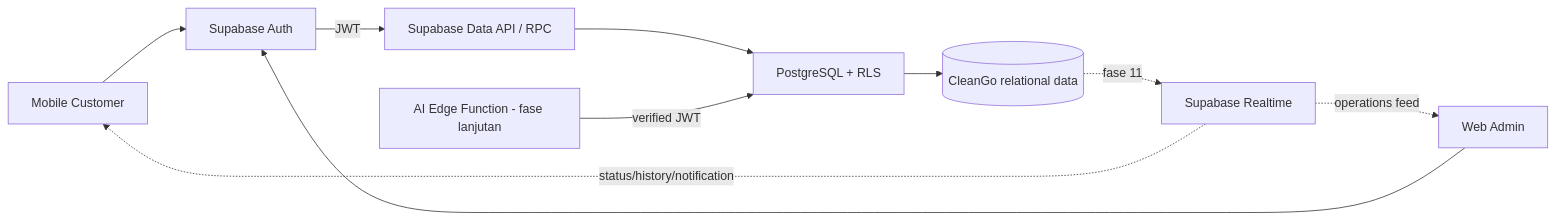
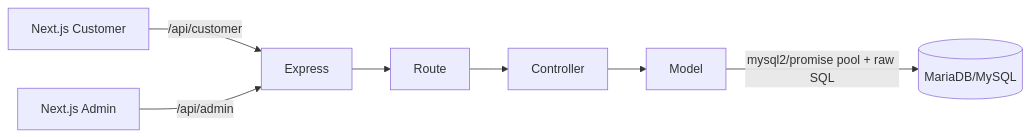
Before and after one commit to team-T3B-Kelompok6/cleango-platform: the diagram in docs/architecture.md, drawn with Mermaid. The commit also changed other lines of this file and 1592 other files, not shown here.

Commit message:
refactor backend to Express and MySQL architecture

````diff
--- a/docs/architecture.md
+++ b/docs/architecture.md
@@ -9,12 +5,9 @@
 ```mermaid
 flowchart LR
-  Mobile[Mobile Customer] --> Auth[Supabase Auth]
-  Admin[Web Admin] --> Auth
-  Auth -->|JWT| API[Supabase Data API / RPC]
-  API --> RLS[PostgreSQL + RLS]
-  RLS --> DB[(CleanGo relational data)]
-  DB -. fase 11 .-> RT[Supabase Realtime]
-  RT -. status/history/notification .-> Mobile
-  RT -. operations feed .-> Admin
-  AI[AI Edge Function - fase lanjutan] -->|verified JWT| RLS
+  Customer[Next.js Customer] -->|/api/customer| Express
+  Admin[Next.js Admin] -->|/api/admin| Express
+  Express --> Route
+  Route --> Controller
+  Controller --> Model
+  Model -->|mysql2/promise pool + raw SQL| MySQL[(MariaDB/MySQL)]
 ```
````
